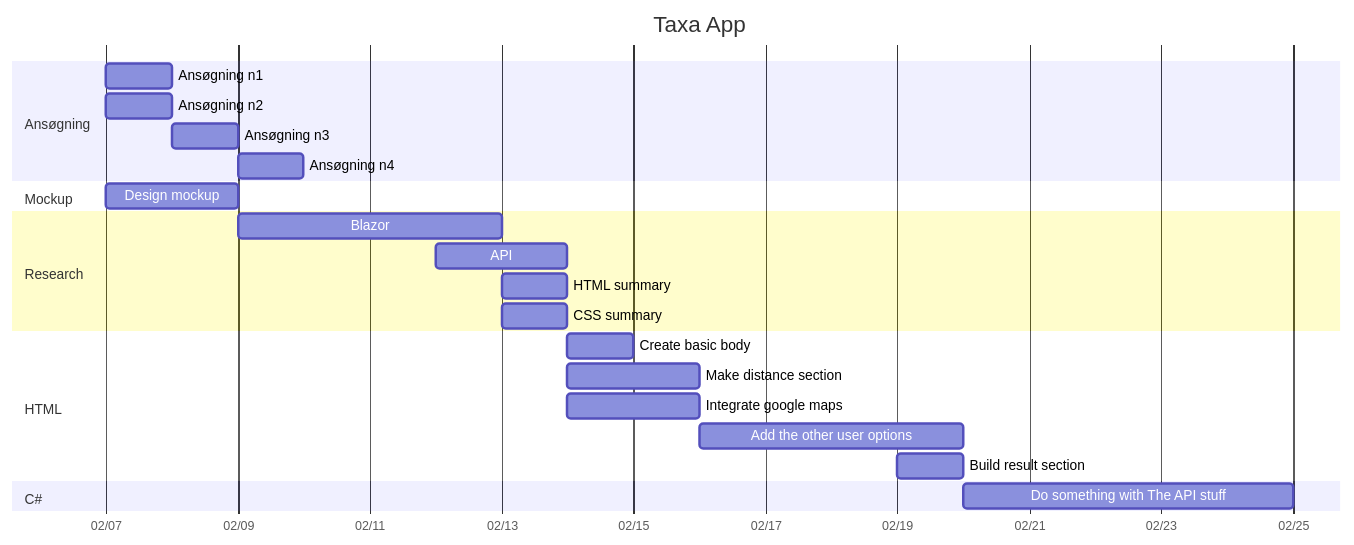
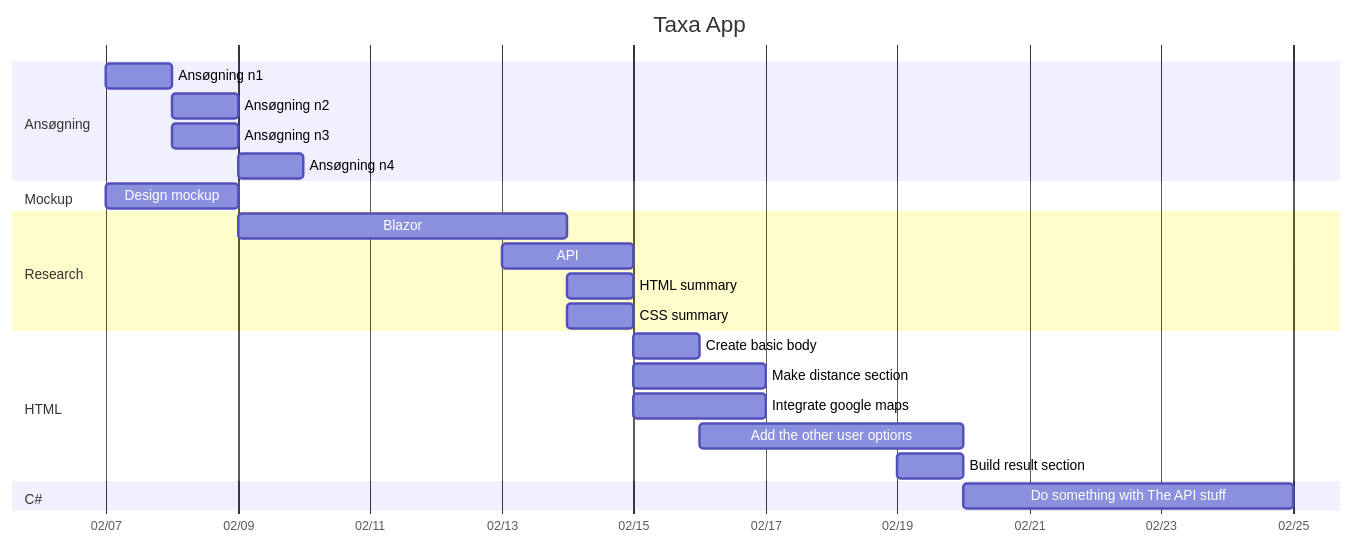
One commit to Dyerag/Taxa-app changed the diagram in README.md. Above: the diagram before and after it, drawn with Mermaid.

````diff
--- a/README.md
+++ b/README.md
@@ -3,53 +3,54 @@
 ```mermaid
 
 gantt
 
     title Taxa App
 
     dateFormat DD-MM-YY
 
     axisFormat %m/%d
 
     section Ansøgning
 
     Ansøgning n1 : 07-02-24, 1d
 
-    Ansøgning n2 : 07-02-24, 1d
+    Ansøgning n2 : 08-02-24, 1d
 
     Ansøgning n3 : 08-02-24, 1d
 
     Ansøgning n4 : 09-02-24, 1d
 
 
     section Mockup
 
     Design mockup : 07-02-24, 2d
 
+
     section Research
 
-    Blazor : 09-02-24, 4d
+    Blazor : 09-02-24, 5d
 
-    API : 12-02-24, 2d
+    API : 13-02-24, 2d
 
-    HTML summary: 13-02-24, 1d
+    HTML summary: 14-02-24, 1d
 
-    CSS summary: 13-02-24, 1d
+    CSS summary: 14-02-24, 1d
 
 
     section HTML
 
-    Create basic body : 14-02-24, 1d
+    Create basic body : 15-02-24, 1d
 
-    Make distance section : 14-02-24, 2d
+    Make distance section : 15-02-24, 2d
 
-    Integrate google maps : 14-02-24, 2d 
+    Integrate google maps : 15-02-24, 2d 
 
     Add the other user options : 16-02-24, 4d
 
     Build result section : 19-02-24, 1d
 
 
     Section C#
 
     Do something with The API stuff : 20-02-24, 5d
 ```
````
